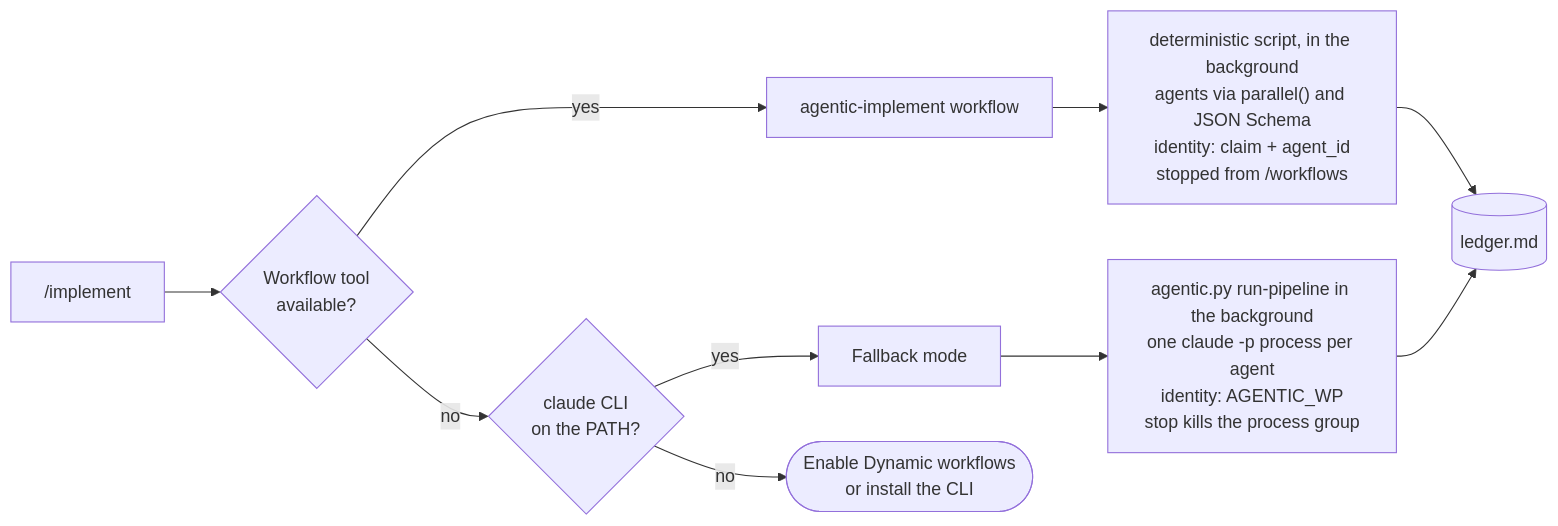
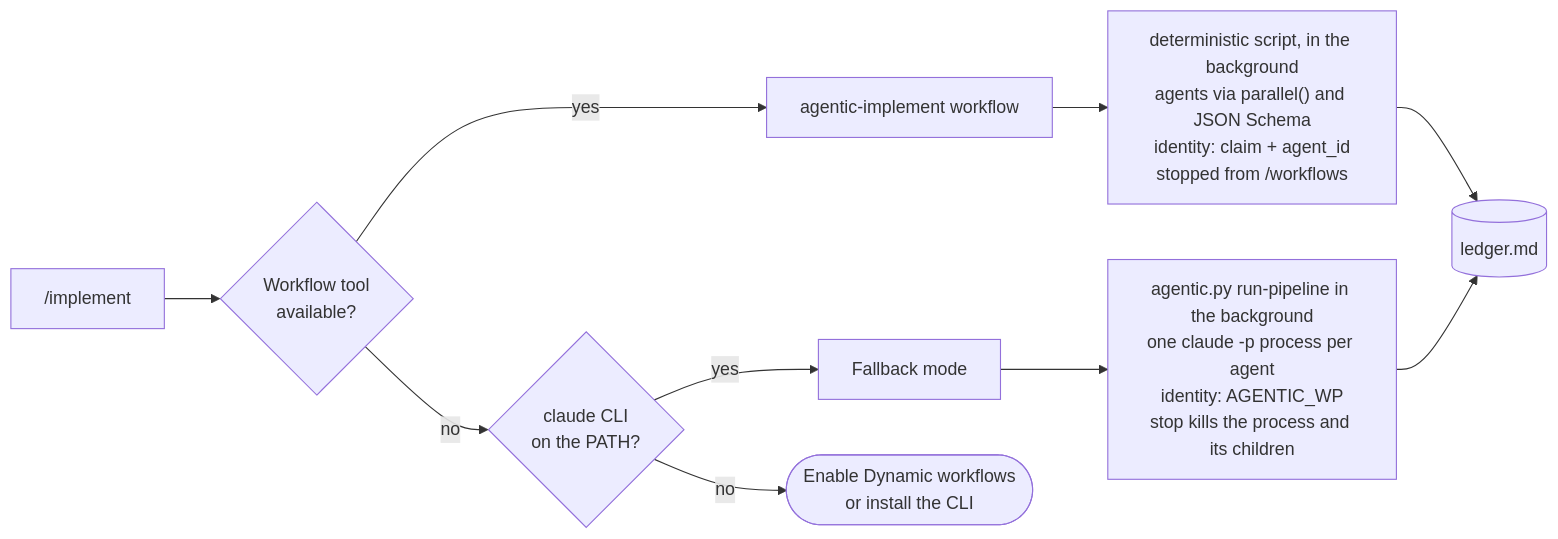
One commit to jagosar/agentic-flow changed the fifth of 5 diagrams in docs/how-it-works.md. Above: the diagram before and after it, drawn with Mermaid. The commit also changed 20 other files, not shown here.

First line of the commit message:
Run the flow's internals on Windows and macOS: delivery A, 1.1.1 (#7)

````diff
--- a/docs/how-it-works.md
+++ b/docs/how-it-works.md
@@ -240,12 +240,12 @@
 ```mermaid
 flowchart LR
     O["/implement"] --> Q{"Workflow tool<br/>available?"}
     Q -->|yes| W["agentic-implement workflow"]
     Q -->|no| C{"claude CLI<br/>on the PATH?"}
     C -->|yes| A["Fallback mode"]
     C -->|no| X(["Enable Dynamic workflows<br/>or install the CLI"])
     W --> W1["deterministic script, in the background<br/>agents via parallel() and JSON Schema<br/>identity: claim + agent_id<br/>stopped from /workflows"]
-    A --> A1["agentic.py run-pipeline in the background<br/>one claude -p process per agent<br/>identity: AGENTIC_WP<br/>stop kills the process group"]
+    A --> A1["agentic.py run-pipeline in the background<br/>one claude -p process per agent<br/>identity: AGENTIC_WP<br/>stop kills the process and its children"]
     W1 --> L[("ledger.md")]
     A1 --> L
 ```
````
